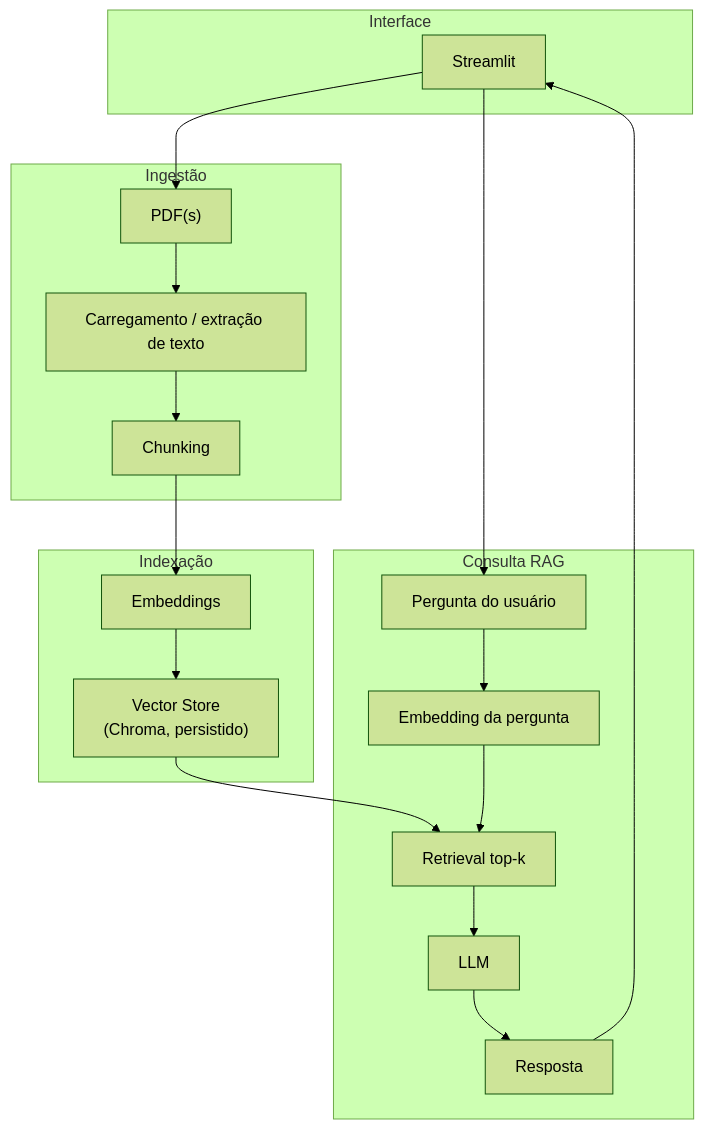
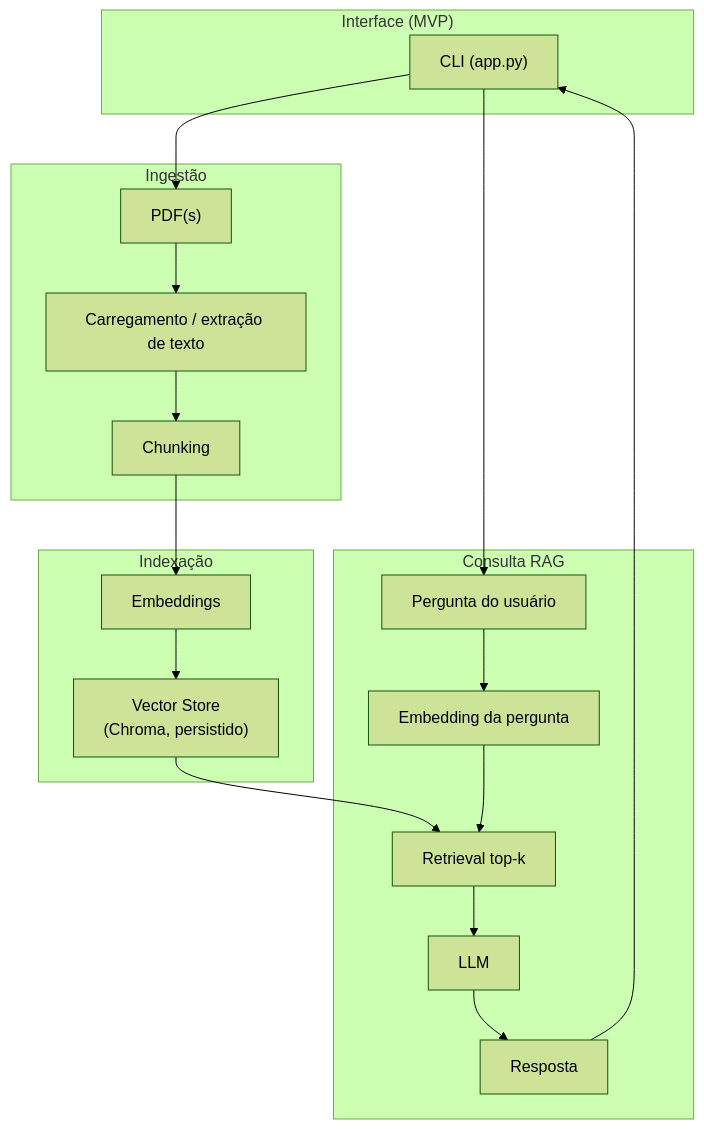
The diagram in docs/arquitetura.md (felipe-globo/rag-pdf-generative-ai), drawn with Mermaid (forest theme) before and after one commit. The commit also changed other lines of this file, not shown here.

Commit message:
docs: describe CLI as primary entry point in architecture

````diff
--- a/docs/arquitetura.md
+++ b/docs/arquitetura.md
@@ -35,36 +35,36 @@
 ```mermaid
 flowchart TB
-  subgraph UI["Interface"]
-    ST["Streamlit"]
+  subgraph UI["Interface (MVP)"]
+    ST["CLI (app.py)"]
   end
 
   subgraph Ingestao["Ingestão"]
     PDF["PDF(s)"]
     LOAD["Carregamento / extração de texto"]
     SPLIT["Chunking"]
   end
 
   subgraph Indexacao["Indexação"]
     EMB["Embeddings"]
     VS["Vector Store\n(Chroma, persistido)"]
   end
 
   subgraph Consulta["Consulta RAG"]
     Q["Pergunta do usuário"]
     EMBQ["Embedding da pergunta"]
     RET["Retrieval top-k"]
     LLM["LLM"]
     R["Resposta"]
   end
 
   ST --> PDF
   PDF --> LOAD --> SPLIT --> EMB --> VS
 
   ST --> Q
   Q --> EMBQ
   EMBQ --> RET
   VS --> RET
   RET --> LLM
   LLM --> R
   R --> ST
 ```
````
